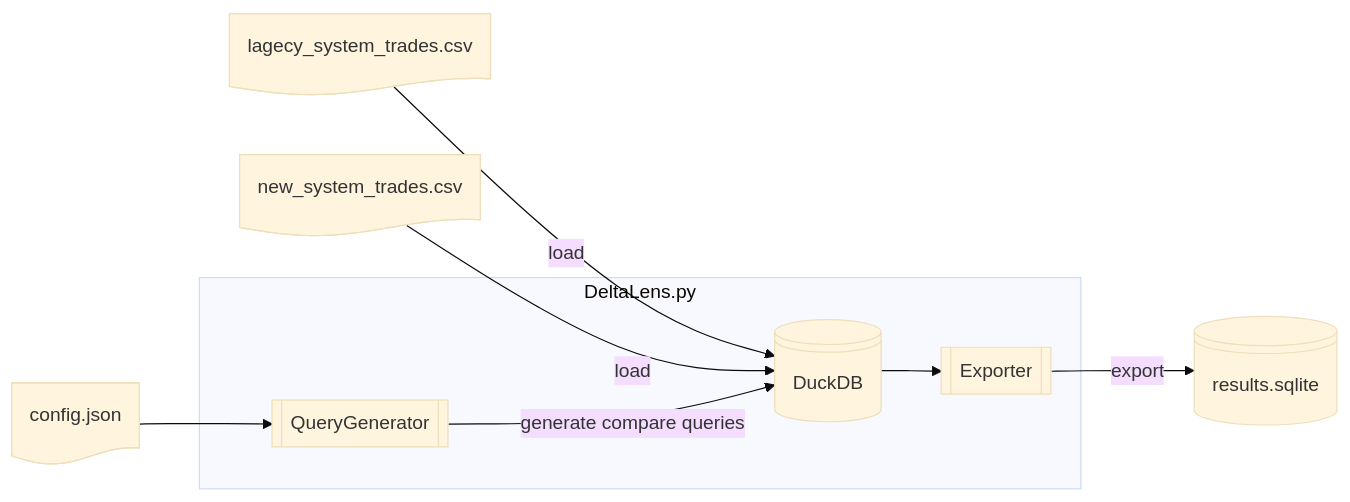
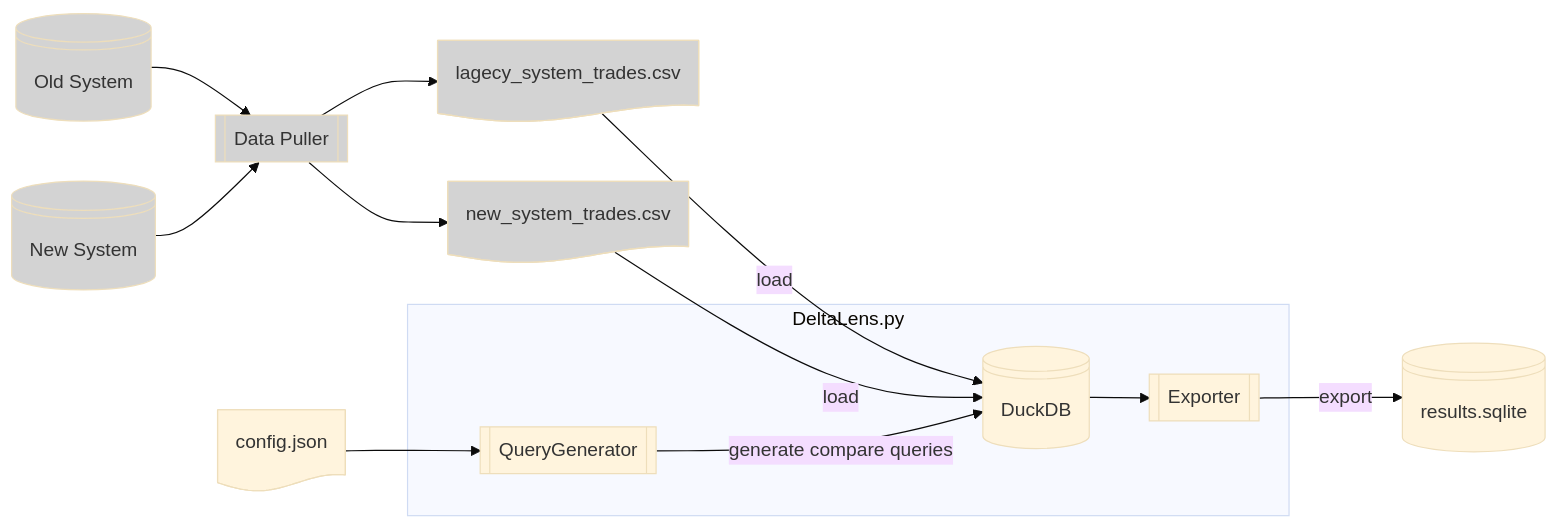
One commit to unclepaul84/duck-db-datacompare changed the diagram in readme.md. Above: the diagram before and after it, drawn with Mermaid (base theme).

````diff
--- a/readme.md
+++ b/readme.md
@@ -15,21 +15,30 @@
 ```mermaid
+
 flowchart LR
-    Trades_1@{ shape: doc, label: "new_system_trades.csv" }
-    Trades_2@{ shape: doc, label: "lagecy_system_trades.csv" }
+
+    Old_System:::external@{ shape: lin-cyl, label: "Old System" }
+    New_System:::external@{ shape: lin-cyl, label: "New System" }
+    Data_puller:::external@{ shape: subproc, label: "Data Puller" }
+    Old_System-->Data_puller
+    New_System-->Data_puller
+    Data_puller-->Trades_1
+    Data_puller-->Trades_2
+    Trades_1:::external@{ shape: doc, label: "new_system_trades.csv" }
+    Trades_2:::external@{ shape: doc, label: "lagecy_system_trades.csv" }
     Config@{ shape: doc, label: "config.json" }
     Config-->TableQueryGenerator
     Trades_2 -->|load|DuckDB
     Trades_1 -->|load|DuckDB
     subgraph DeltaLens.py
         TableQueryGenerator@{ shape: subproc, label: "QueryGenerator" }
         TableQueryGenerator-->|generate compare queries|DuckDB
         DuckDB@{ shape: lin-cyl, label: "DuckDB" }
         DuckDB-->Exporter
         Exporter@{ shape: subproc, label: "Exporter" }
        
     end
     Exporter-->|export|Sqlite
     Sqlite@{ shape: lin-cyl, label: "results.sqlite" }
-
+    classDef external fill:lightgray
 
 ```
````
